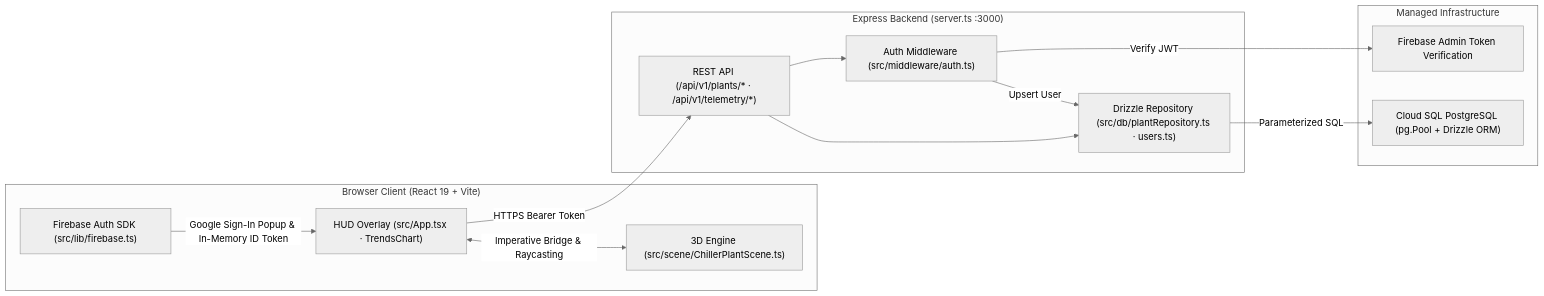
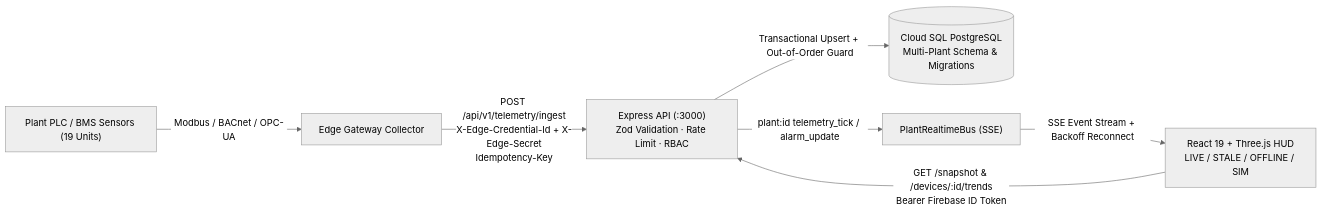
Before and after one commit to Muhammad-Yunus/Chiller-Plant-Digital-Twin-Apps: the diagram in README.md, drawn with Mermaid (neutral theme). The commit also changed other lines of this file and 34 other files, not shown here.

First line of the commit message:
feat: enable production-ready backend infrastructure

````diff
--- a/README.md
+++ b/README.md
@@ -44,28 +42,16 @@
 ```mermaid
 flowchart LR
-    subgraph Client["Browser Client (React 19 + Vite)"]
-        HUD["HUD Overlay (src/App.tsx · TrendsChart)"]
-        WebGL["3D Engine (src/scene/ChillerPlantScene.ts)"]
-        FBClient["Firebase Auth SDK (src/lib/firebase.ts)"]
-    end
+    Sensors["Plant PLC / BMS Sensors (19 Units)"]
+    Edge["Edge Gateway Collector"]
+    API["Express API (:3000)\nZod Validation · Rate Limit · RBAC"]
+    DB[("Cloud SQL PostgreSQL\nMulti-Plant Schema & Migrations")]
+    Bus["PlantRealtimeBus (SSE)"]
+    HUD["React 19 + Three.js HUD\nLIVE / STALE / OFFLINE / SIM"]
 
-    subgraph Server["Express Backend (server.ts :3000)"]
-        Middleware["Auth Middleware (src/middleware/auth.ts)"]
-        API["REST API (/api/v1/plants/* · /api/v1/telemetry/*)"]
-        Repo["Drizzle Repository (src/db/plantRepository.ts · users.ts)"]
-    end
-
-    subgraph Data["Managed Infrastructure"]
-        FBAdmin["Firebase Admin Token Verification"]
-        PG["Cloud SQL PostgreSQL (pg.Pool + Drizzle ORM)"]
-    end
-
-    HUD <-->|Imperative Bridge & Raycasting| WebGL
-    FBClient -->|Google Sign-In Popup & In-Memory ID Token| HUD
-    HUD -->|HTTPS Bearer Token| API
-    API --> Middleware
-    Middleware -->|Verify JWT| FBAdmin
-    Middleware -->|Upsert User| Repo
-    API --> Repo
-    Repo -->|Parameterized SQL| PG
+    Sensors -->|"Modbus / BACnet / OPC-UA"| Edge
+    Edge -->|"POST /api/v1/telemetry/ingest\nX-Edge-Credential-Id + X-Edge-Secret\nIdempotency-Key"| API
+    API -->|"Transactional Upsert + Out-of-Order Guard"| DB
+    API -->|"plant:id telemetry_tick / alarm_update"| Bus
+    HUD -->|"GET /snapshot & /devices/:id/trends\nBearer Firebase ID Token"| API
+    Bus -->|"SSE Event Stream + Backoff Reconnect"| HUD
 ```
````
